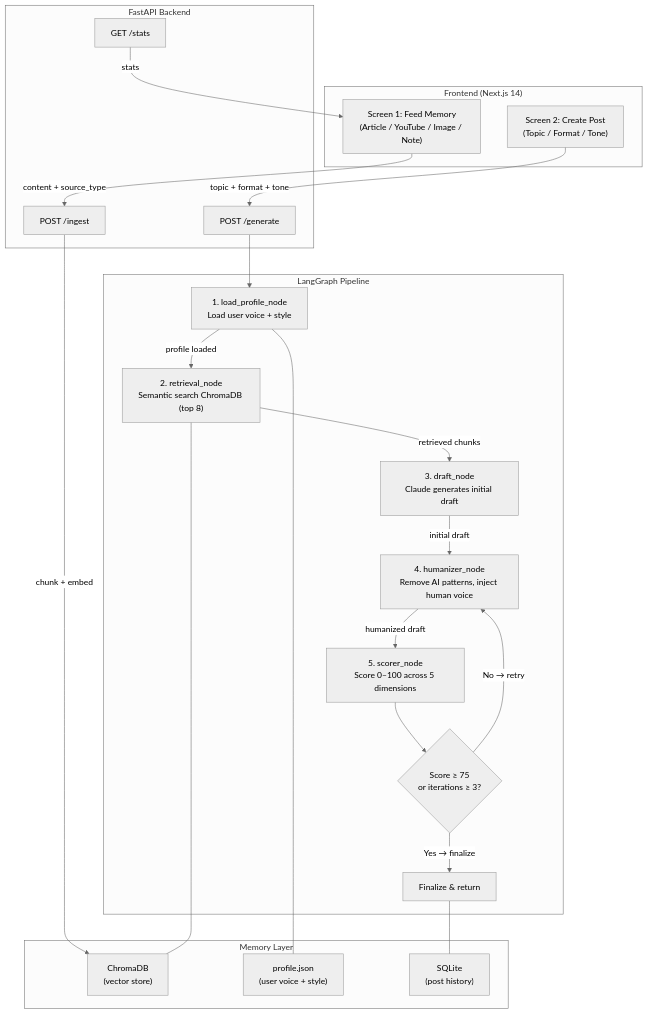
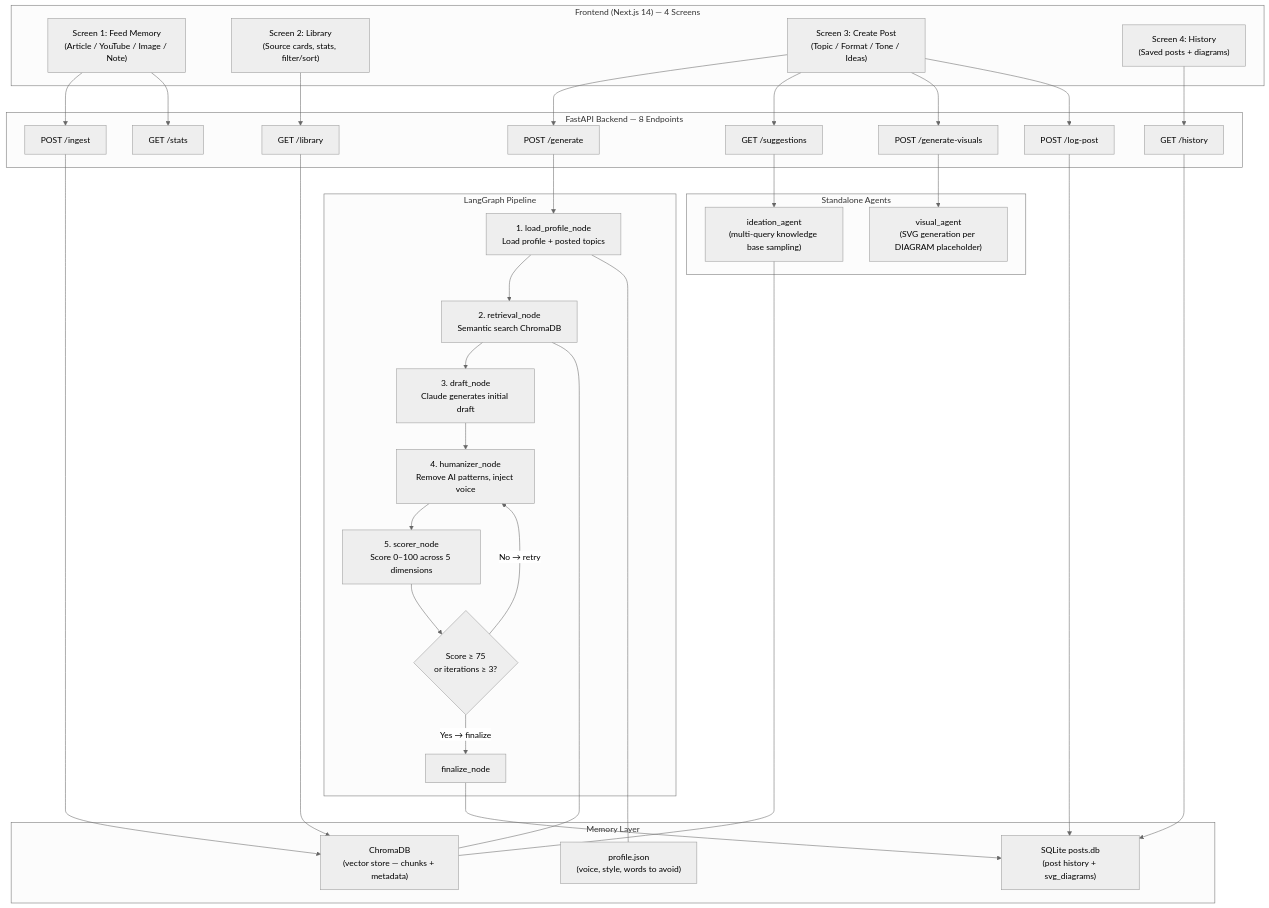
Before and after one commit to Soham112/Contendo: the diagram in README.md, drawn with Mermaid (neutral theme). The commit also changed other lines of this file and 1 other file, not shown here.

````diff
--- a/README.md
+++ b/README.md
@@ -11,48 +11,71 @@
 ```mermaid
 flowchart TD
-    subgraph UI["Frontend (Next.js 14)"]
+    subgraph UI["Frontend (Next.js 14) — 4 Screens"]
         S1["Screen 1: Feed Memory\n(Article / YouTube / Image / Note)"]
-        S2["Screen 2: Create Post\n(Topic / Format / Tone)"]
+        S2["Screen 2: Library\n(Source cards, stats, filter/sort)"]
+        S3["Screen 3: Create Post\n(Topic / Format / Tone / Ideas)"]
+        S4["Screen 4: History\n(Saved posts + diagrams)"]
     end
 
-    subgraph API["FastAPI Backend"]
+    subgraph API["FastAPI Backend — 8 Endpoints"]
         R1["POST /ingest"]
         R2["POST /generate"]
-        R3["GET /stats"]
+        R3["POST /log-post"]
+        R4["GET /history"]
+        R5["GET /library"]
+        R6["GET /suggestions"]
+        R7["POST /generate-visuals"]
+        R8["GET /stats"]
     end
 
     subgraph Pipeline["LangGraph Pipeline"]
-        N1["1. load_profile_node\nLoad user voice + style"]
-        N2["2. retrieval_node\nSemantic search ChromaDB (top 8)"]
+        N1["1. load_profile_node\nLoad profile + posted topics"]
+        N2["2. retrieval_node\nSemantic search ChromaDB"]
         N3["3. draft_node\nClaude generates initial draft"]
-        N4["4. humanizer_node\nRemove AI patterns, inject human voice"]
+        N4["4. humanizer_node\nRemove AI patterns, inject voice"]
         N5["5. scorer_node\nScore 0–100 across 5 dimensions"]
         N6{"Score ≥ 75\nor iterations ≥ 3?"}
-        N7["Finalize & return"]
+        N7["finalize_node"]
+    end
+
+    subgraph Agents["Standalone Agents"]
+        A1["visual_agent\n(SVG generation per DIAGRAM placeholder)"]
+        A2["ideation_agent\n(multi-query knowledge base sampling)"]
     end
 
     subgraph Memory["Memory Layer"]
-        DB1["ChromaDB\n(vector store)"]
-        DB2["profile.json\n(user voice + style)"]
-        DB3["SQLite\n(post history)"]
+        DB1["ChromaDB\n(vector store — chunks + metadata)"]
+        DB2["profile.json\n(voice, style, words to avoid)"]
+        DB3["SQLite posts.db\n(post history + svg_diagrams)"]
     end
 
-    S1 -->|"content + source_type"| R1
-    S2 -->|"topic + format + tone"| R2
-    R3 -->|"stats"| S1
+    S1 --> R1
+    S1 --> R8
+    S2 --> R5
+    S3 --> R2
+    S3 --> R6
+    S3 --> R7
+    S3 --> R3
+    S4 --> R4
 
-    R1 -->|"chunk + embed"| DB1
+    R1 --> DB1
     R2 --> N1
+    R3 --> DB3
+    R4 --> DB3
+    R5 --> DB1
+    R6 --> A2
+    R7 --> A1
 
-    N1 -->|"profile loaded"| N2
-    N2 -->|"retrieved chunks"| N3
-    N3 -->|"initial draft"| N4
-    N4 -->|"humanized draft"| N5
+    N1 --> N2
+    N2 --> N3
+    N3 --> N4
+    N4 --> N5
     N5 --> N6
     N6 -->|"Yes → finalize"| N7
     N6 -->|"No → retry"| N4
+    N7 --> DB3
 
     N1 --- DB2
     N2 --- DB1
-    N7 --- DB3
+    A2 --- DB1
 ```
````
